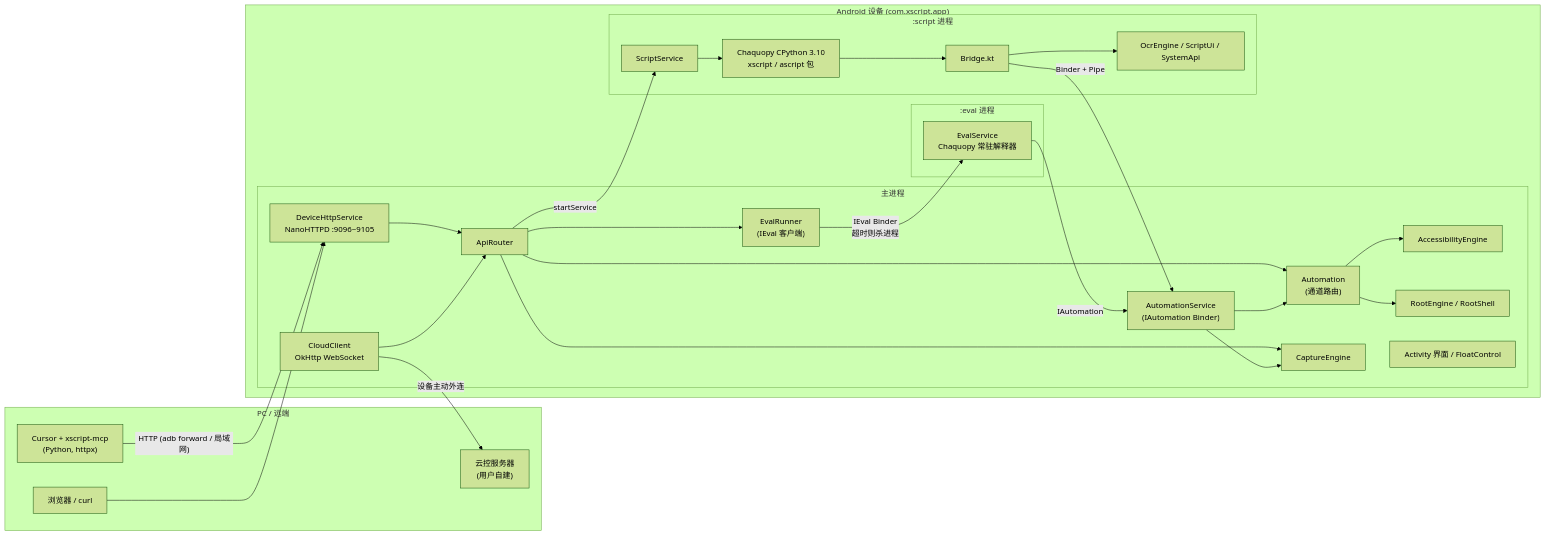
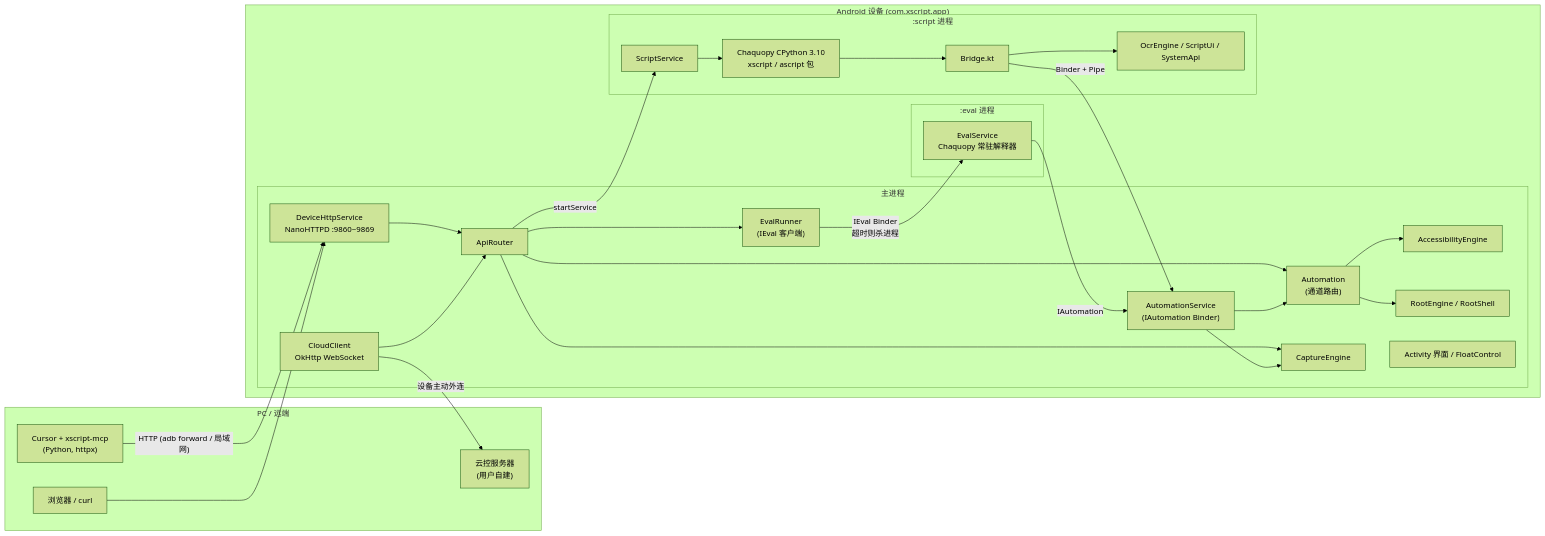
Before and after one commit to JackLuguibin/xscript: the first of 4 diagrams in docs/ARCHITECTURE.md, drawn with Mermaid (forest theme). The commit also changed other lines of this file and 32 other files, not shown here.

````diff
--- a/docs/ARCHITECTURE.md
+++ b/docs/ARCHITECTURE.md
@@ -9,50 +9,50 @@
 ```mermaid
 flowchart LR
     subgraph PC["PC / 远端"]
         Cursor["Cursor + xscript-mcp<br/>(Python, httpx)"]
         Browser["浏览器 / curl"]
         Cloud["云控服务器<br/>(用户自建)"]
     end
 
     subgraph Phone["Android 设备 (com.xscript.app)"]
         subgraph Main["主进程"]
-            HTTP["DeviceHttpService<br/>NanoHTTPD :9096~9105"]
+            HTTP["DeviceHttpService<br/>NanoHTTPD :9860~9869"]
             WS["CloudClient<br/>OkHttp WebSocket"]
             Router["ApiRouter"]
             Auto["Automation<br/>(通道路由)"]
             A11y["AccessibilityEngine"]
             Root["RootEngine / RootShell"]
             Cap["CaptureEngine"]
             AIDL["AutomationService<br/>(IAutomation Binder)"]
             Eval["EvalRunner<br/>(IEval 客户端)"]
             UI["Activity 界面 / FloatControl"]
         end
         subgraph EvalP[":eval 进程"]
             ES["EvalService<br/>Chaquopy 常驻解释器"]
         end
         subgraph Script[":script 进程"]
             SS["ScriptService"]
             Py["Chaquopy CPython 3.10<br/>xscript / ascript 包"]
             Bridge["Bridge.kt"]
             Local["OcrEngine / ScriptUi / SystemApi"]
         end
     end
 
     Cursor -- "HTTP (adb forward / 局域网)" --> HTTP
     Browser --> HTTP
     WS -- "设备主动外连" --> Cloud
     HTTP --> Router
     WS --> Router
     Router --> Auto
     Router --> Eval
     Eval -- "IEval Binder<br/>超时则杀进程" --> ES
     ES -- "IAutomation" --> AIDL
     Router -- "startService" --> SS
     Auto --> A11y
     Auto --> Root
     Router --> Cap
     SS --> Py --> Bridge
     Bridge --> Local
     Bridge -- "Binder + Pipe" --> AIDL --> Auto
     AIDL --> Cap
 ```
````
